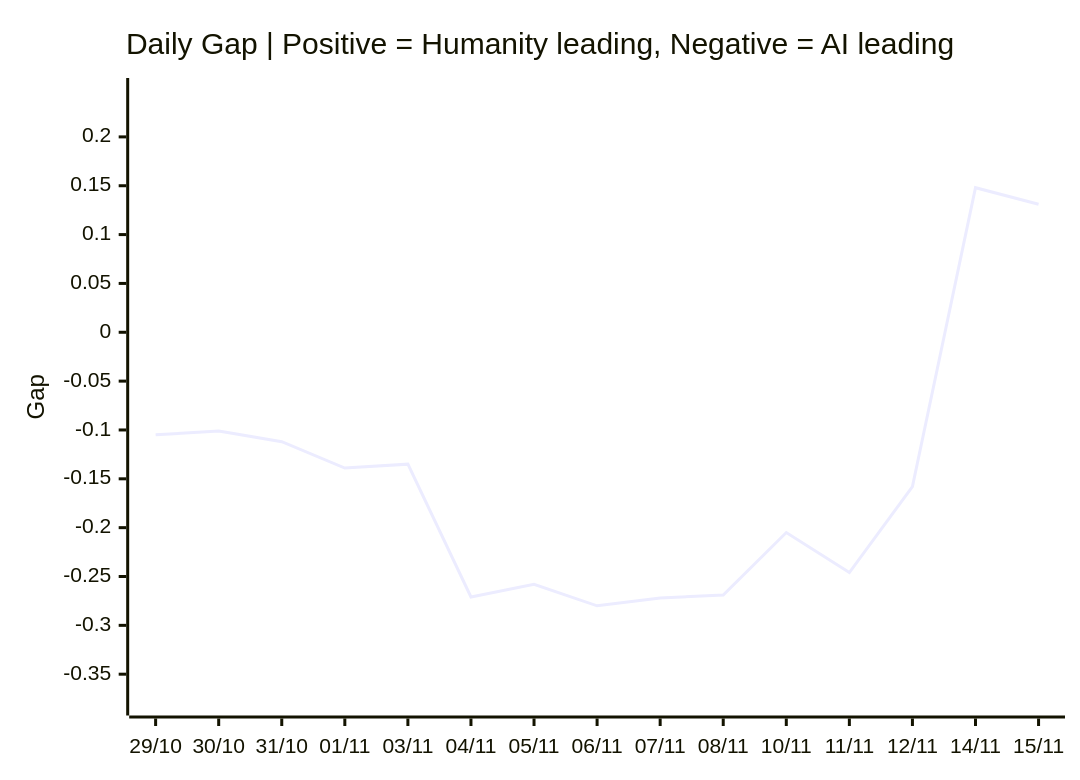
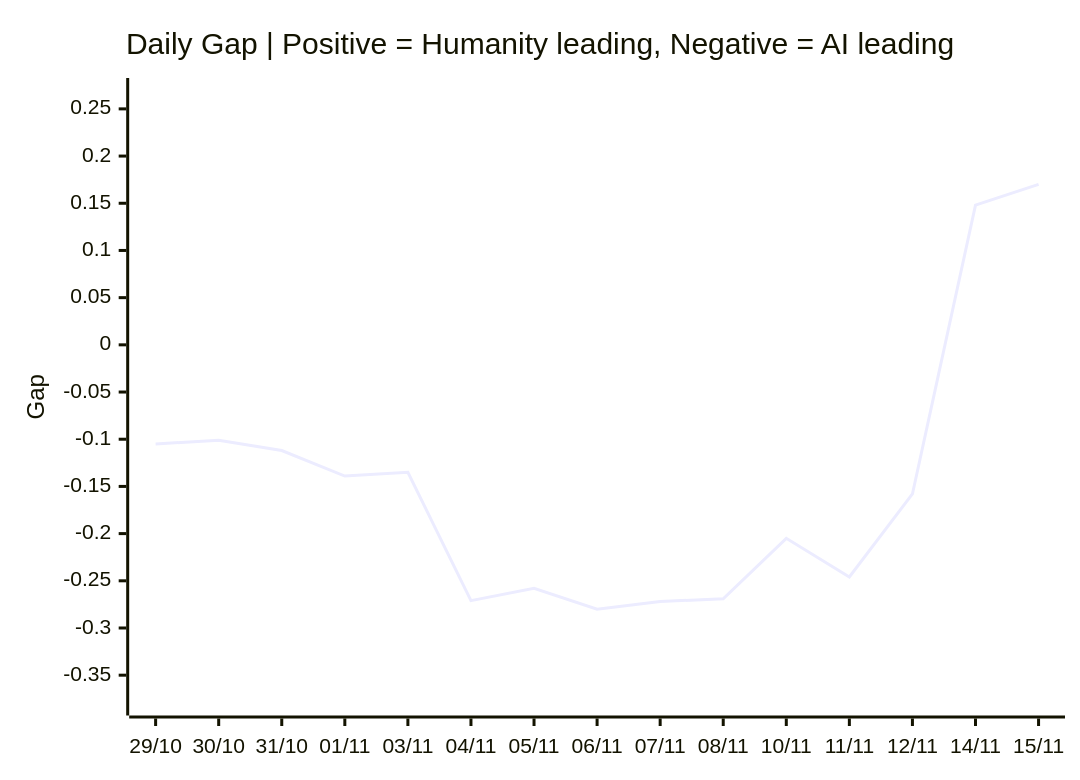
One commit to VQQLK/Human-AI-Monitor changed the third of 3 diagrams in README.md. Above: the diagram before and after it, drawn with Mermaid. The commit also changed other lines of this file and 2 other files, not shown here.

````diff
--- a/README.md
+++ b/README.md
@@ -55,7 +55,7 @@
 ```mermaid
 xychart-beta
     title "Daily Gap | Positive = Humanity leading, Negative = AI leading"
     x-axis ["29/10", "30/10", "31/10", "01/11", "03/11", "04/11", "05/11", "06/11", "07/11", "08/11", "10/11", "11/11", "12/11", "14/11", "15/11"]
-    y-axis "Gap" -0.380 --> 0.248
-    line [-0.105, -0.101, -0.112, -0.139, -0.135, -0.271, -0.258, -0.280, -0.272, -0.269, -0.205, -0.246, -0.158, 0.148, 0.131]
+    y-axis "Gap" -0.380 --> 0.270
+    line [-0.105, -0.101, -0.112, -0.139, -0.135, -0.271, -0.258, -0.280, -0.272, -0.269, -0.205, -0.246, -0.158, 0.148, 0.170]
 ```
````
